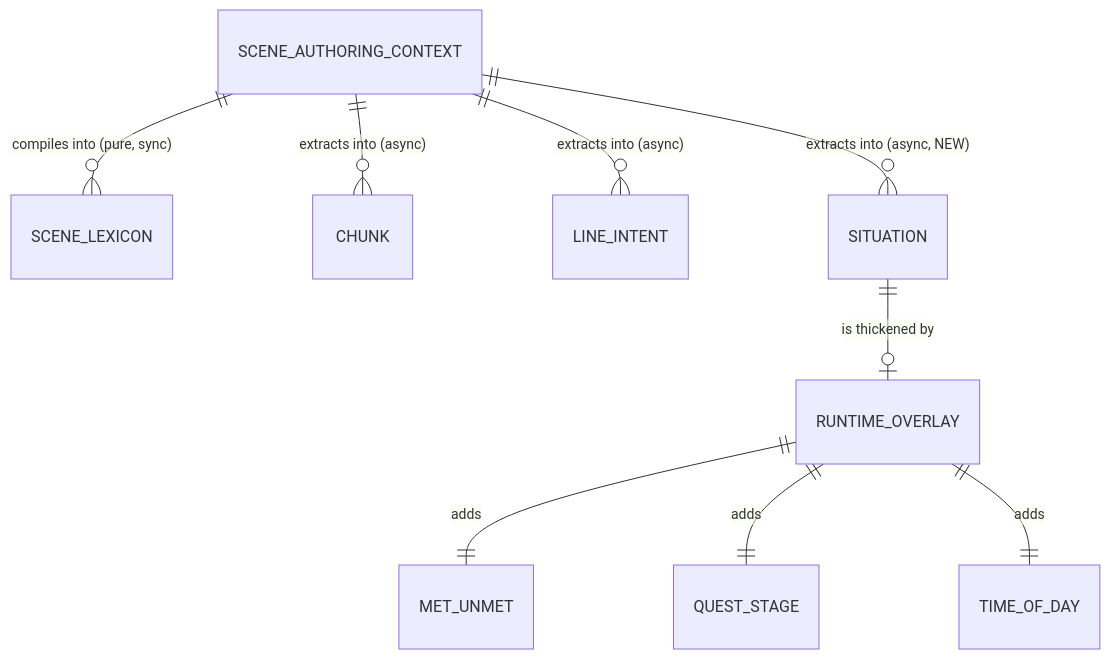
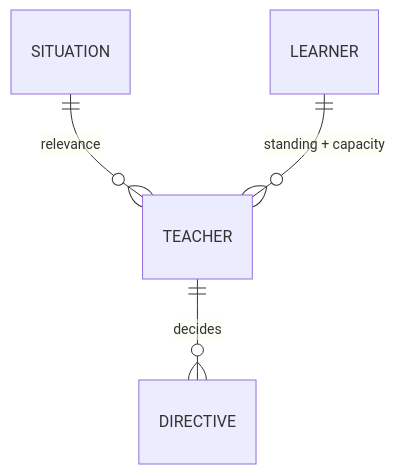
Before and after one commit to nikkileaps/sugarmagic: the third of 3 diagrams in packages/plugins/src/catalog/sugarlang/docs/api/domain-model-after-epic-090.md, drawn with Mermaid. The commit also changed other lines of this file, not shown here.

````diff
--- a/packages/plugins/src/catalog/sugarlang/docs/api/domain-model-after-epic-090.md
+++ b/packages/plugins/src/catalog/sugarlang/docs/api/domain-model-after-epic-090.md
@@ -171,12 +247,6 @@
 ```mermaid
 erDiagram
-    SCENE_AUTHORING_CONTEXT ||--o{ SCENE_LEXICON : "compiles into (pure, sync)"
-    SCENE_AUTHORING_CONTEXT ||--o{ CHUNK : "extracts into (async)"
-    SCENE_AUTHORING_CONTEXT ||--o{ LINE_INTENT : "extracts into (async)"
-    SCENE_AUTHORING_CONTEXT ||--o{ SITUATION : "extracts into (async, NEW)"
-
-    SITUATION ||--o| RUNTIME_OVERLAY : "is thickened by"
-    RUNTIME_OVERLAY ||--|| MET_UNMET : "adds"
-    RUNTIME_OVERLAY ||--|| QUEST_STAGE : "adds"
-    RUNTIME_OVERLAY ||--|| TIME_OF_DAY : "adds"
+    SITUATION ||--o{ TEACHER : "relevance"
+    LEARNER ||--o{ TEACHER : "standing + capacity"
+    TEACHER ||--o{ DIRECTIVE : "decides"
 ```
````
